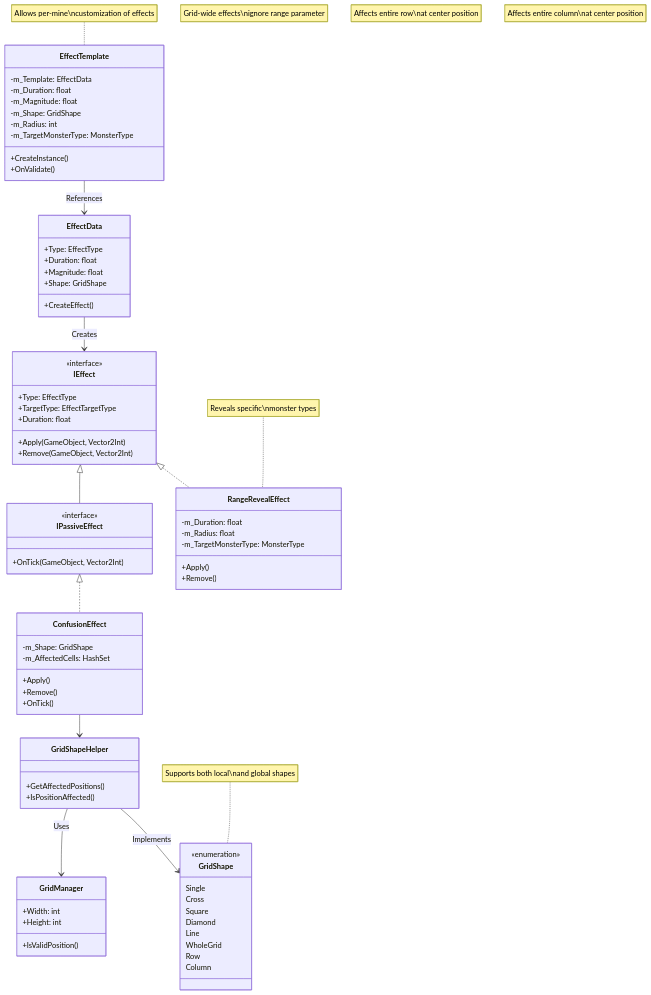
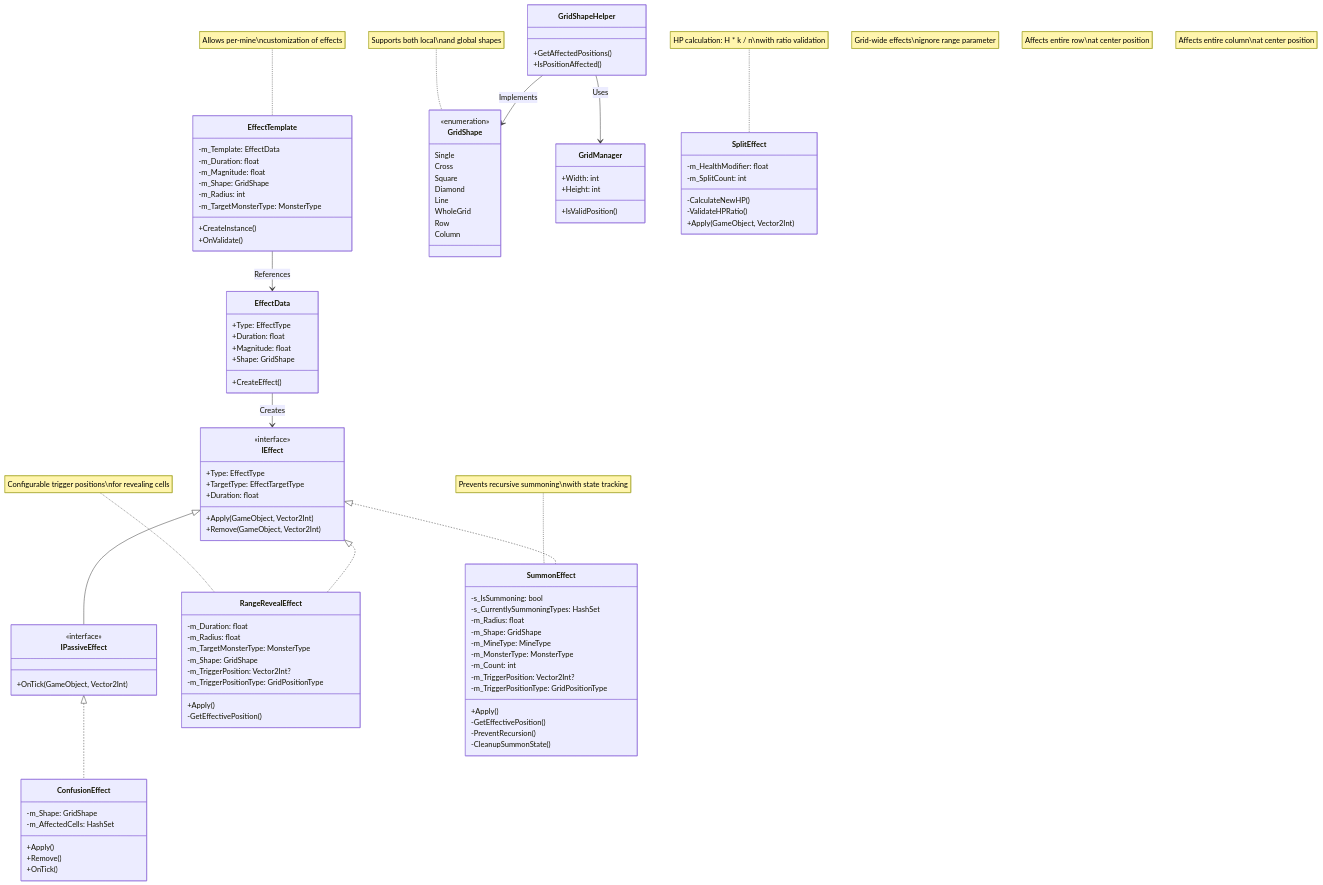
One commit to Coelancanth/RPGSweeper changed the first of 3 diagrams in Assets/Docs/Architecture.md. Above: the diagram before and after it, drawn with Mermaid. The commit also changed 3 other files, not shown here.

First line of the commit message:
fix(effects): prevent recursive summoning in passive summon effects

```diff
--- a/Assets/Docs/Architecture.md
+++ b/Assets/Docs/Architecture.md
@@ -54,8 +54,26 @@
 -m_Duration: float
 -m_Radius: float
 -m_TargetMonsterType: MonsterType
+-m_Shape: GridShape
+-m_TriggerPosition: Vector2Int?
+-m_TriggerPositionType: GridPositionType
 +Apply()
-+Remove()
+-GetEffectivePosition()
+}
+class SummonEffect {
+-s_IsSummoning: bool
+-s_CurrentlySummoningTypes: HashSet
+-m_Radius: float
+-m_Shape: GridShape
+-m_MineType: MineType
+-m_MonsterType: MonsterType
+-m_Count: int
+-m_TriggerPosition: Vector2Int?
+-m_TriggerPositionType: GridPositionType
++Apply()
+-GetEffectivePosition()
+-PreventRecursion()
+-CleanupSummonState()
 }
 class ConfusionEffect {
 -m_Shape: GridShape
@@ -64,16 +82,25 @@
 +Remove()
 +OnTick()
 }
+class SplitEffect {
+-m_HealthModifier: float
+-m_SplitCount: int
+-CalculateNewHP()
+-ValidateHPRatio()
++Apply(GameObject, Vector2Int)
+}
 IEffect <|-- IPassiveEffect
 IPassiveEffect <|.. ConfusionEffect
 IEffect <|.. RangeRevealEffect
-ConfusionEffect --> GridShapeHelper
+IEffect <|.. SummonEffect
 EffectTemplate --> EffectData : References
 EffectData --> IEffect : Creates
 GridShapeHelper --> GridManager : Uses
 GridShapeHelper --> GridShape : Implements
 note for EffectTemplate "Allows per-mine\ncustomization of effects"
-note for RangeRevealEffect "Reveals specific\nmonster types"
+note for RangeRevealEffect "Configurable trigger positions\nfor revealing cells"
+note for SummonEffect "Prevents recursive summoning\nwith state tracking"
+note for SplitEffect "HP calculation: H * k / n\nwith ratio validation"
 note for GridShape "Supports both local\nand global shapes"
 note for WholeGrid "Grid-wide effects\nignore range parameter"
 note for Row "Affects entire row\nat center position"
```
